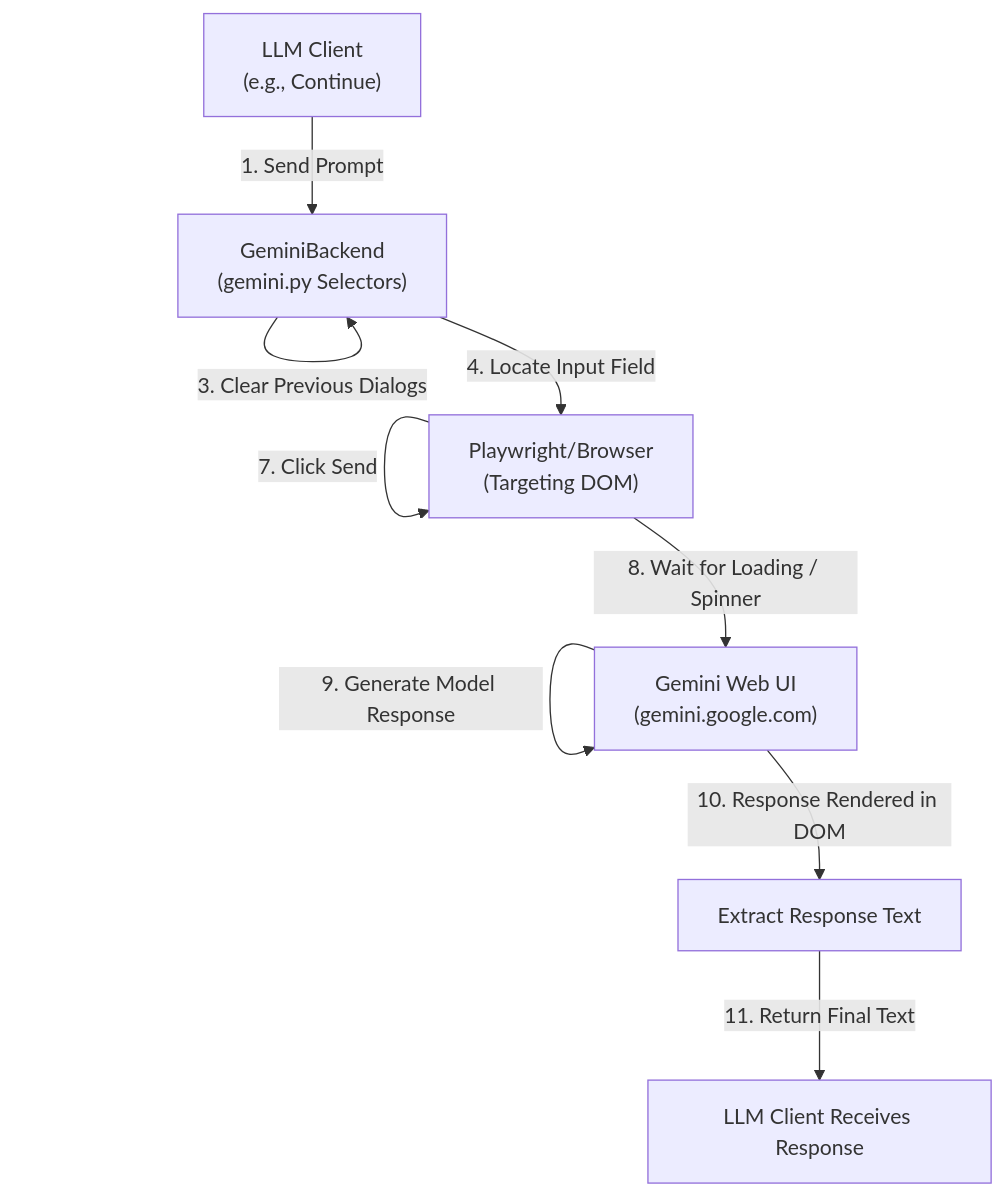
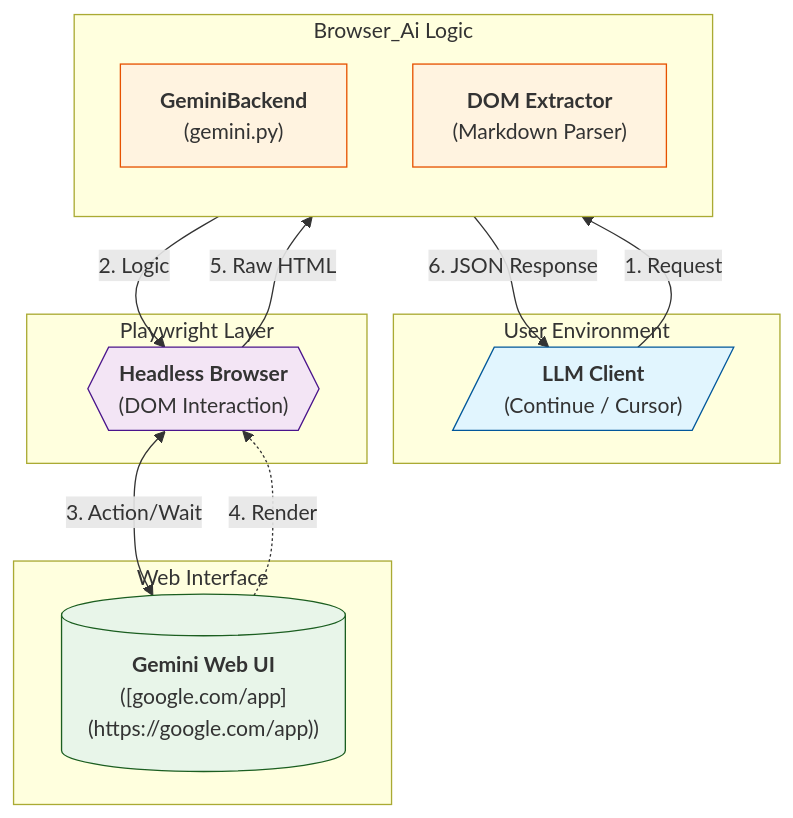
One commit to VOID1793/browser_ai changed the diagram in README.md. Above: the diagram before and after it, drawn with Mermaid.

Commit message:
Commit for Claude.

````diff
--- a/README.md
+++ b/README.md
@@ -46,14 +46,35 @@
 ```mermaid
 flowchart TD
-    A["LLM Client<br>(e.g., Continue)"] -->|1. Send Prompt| B["GeminiBackend<br>(gemini.py Selectors)"]
-    B -->|2. Handle Consent Popups| B
-    B -->|3. Clear Previous Dialogs| B
-    B -->|4. Locate Input Field| C["Playwright/Browser<br>(Targeting DOM)"]
-    C -->|5. Focus & Type Prompt| C
-    C -->|6. Locate Send Button| C
-    C -->|7. Click Send| C
-    C -->|8. Wait for Loading / Spinner| D["Gemini Web UI<br>(gemini.google.com)"]
-    D -->|9. Generate Model Response| D
-    D -->|10. Response Rendered in DOM| E[Extract Response Text]
-    E -->|11. Return Final Text| F[LLM Client Receives Response]
+    subgraph Client_Side [User Environment]
+        A[/"<b>LLM Client</b><br>(Continue / Cursor)"/]
+    end
+
+    subgraph Bridge [Browser_Ai Logic]
+        direction TB
+        B["<b>GeminiBackend</b><br>(gemini.py)"]
+        E["<b>DOM Extractor</b><br>(Markdown Parser)"]
+    end
+
+    subgraph Automation [Playwright Layer]
+        C{{"<b>Headless Browser</b><br>(DOM Interaction)"}}
+    end
+
+    subgraph External [Web Interface]
+        D[("<b>Gemini Web UI</b><br>([google.com/app](https://google.com/app))")]
+    end
+
+    %% Flow Connections
+    A -->|1. Request| B
+    B -->|2. Logic| C
+    C <-->|3. Action/Wait| D
+    D -.->|4. Render| C
+    C -->|5. Raw HTML| E
+    E -->|6. JSON Response| A
+
+    %% Styling
+    style A fill:#e1f5fe,stroke:#01579b
+    style B fill:#fff3e0,stroke:#e65100
+    style E fill:#fff3e0,stroke:#e65100
+    style C fill:#f3e5f5,stroke:#4a148c
+    style D fill:#e8f5e9,stroke:#1b5e20
 ```
````
